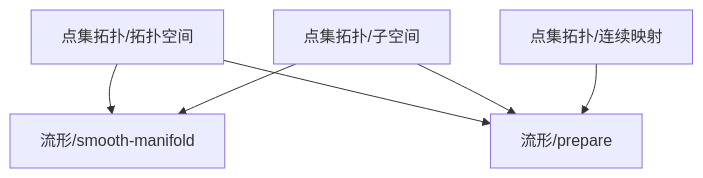
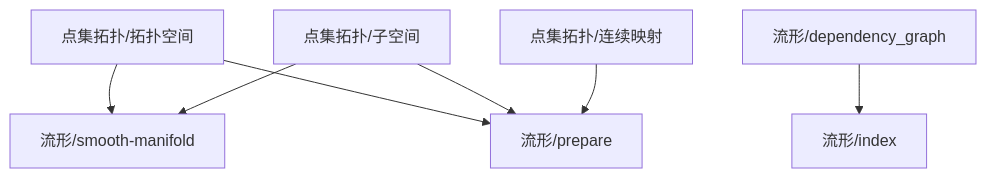
The diagram in content/流形/dependency_graph.md (zeroDtree/zeroDtree.github.io), drawn with Mermaid before and after one commit. The commit also changed 30 other files, not shown here.

````diff
--- a/content/流形/dependency_graph.md
+++ b/content/流形/dependency_graph.md
@@ -1,8 +1,9 @@
 ```mermaid
 graph TD
 1["点集拓扑/拓扑空间"] --> 0["流形/smooth-manifold"]
 2["点集拓扑/子空间"] --> 0["流形/smooth-manifold"]
 1["点集拓扑/拓扑空间"] --> 3["流形/prepare"]
 2["点集拓扑/子空间"] --> 3["流形/prepare"]
 4["点集拓扑/连续映射"] --> 3["流形/prepare"]
+6["流形/dependency_graph"] --> 5["流形/index"]
 ```
````
